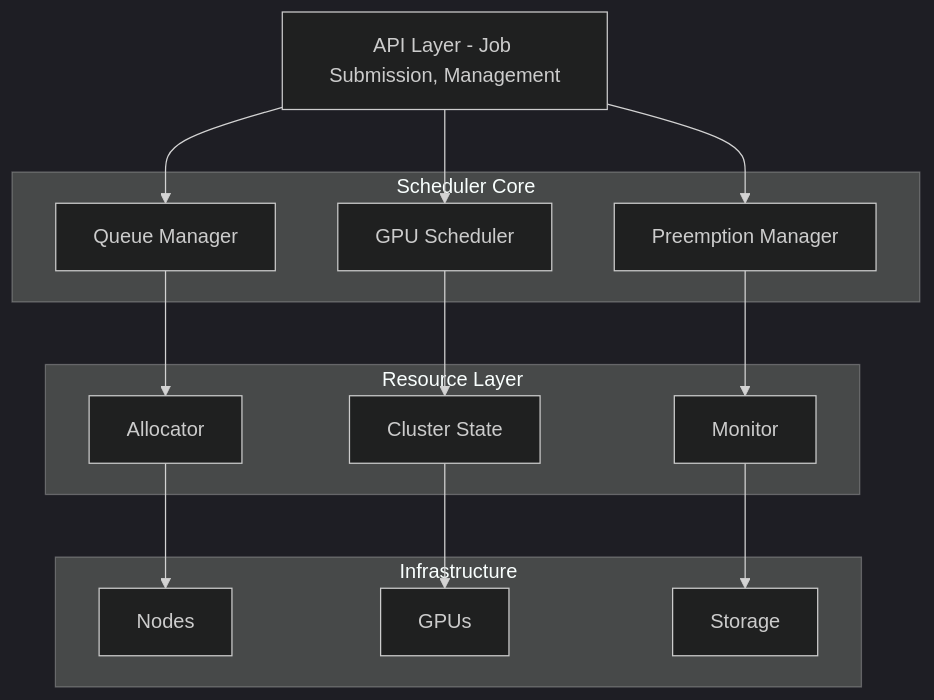
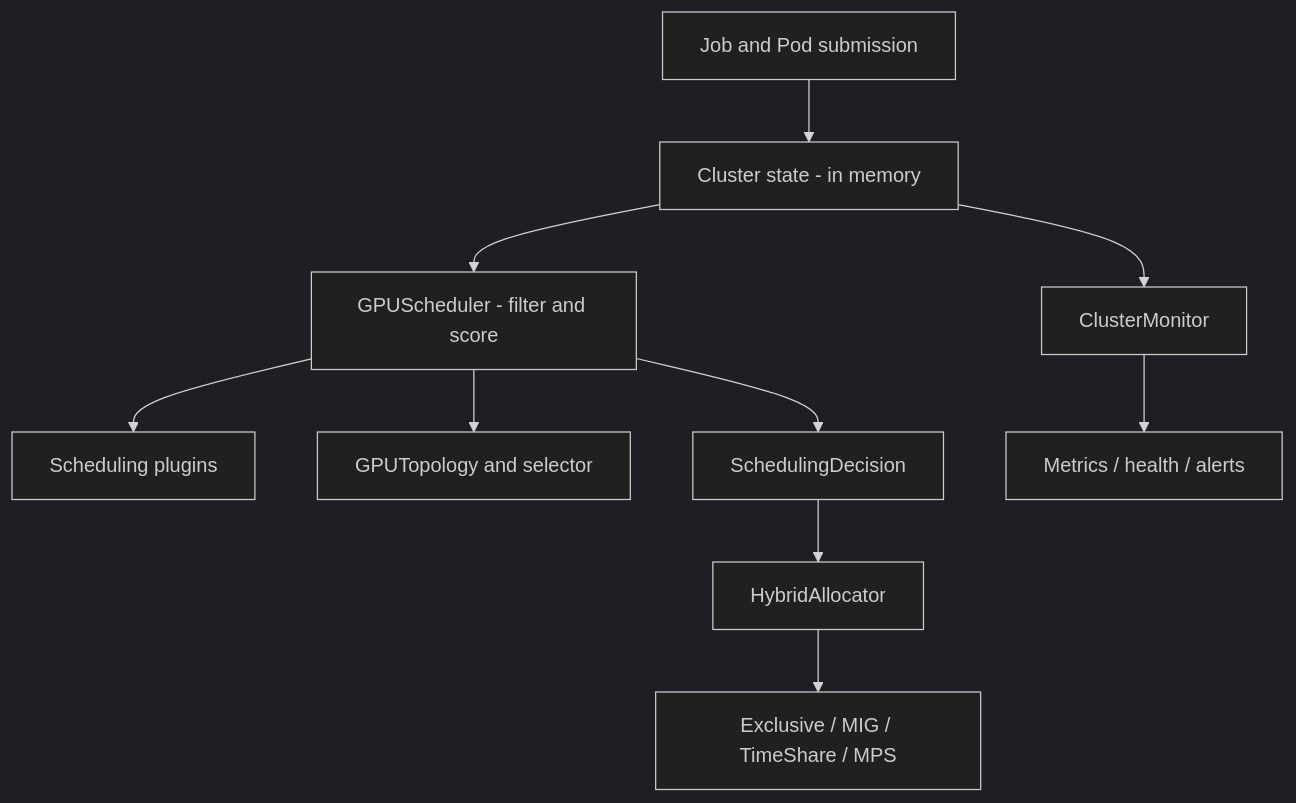
The diagram in 46-multi-tenant-gpu-scheduler/docs/ARCHITECTURE.md (jchu0/applied-cs-projects), drawn with Mermaid (dark theme) before and after one commit. The commit also changed other lines of this file and 4 other files, not shown here.

First line of the commit message:
De-fictionalize SETUP/ARCHITECTURE aux docs (28, 29, 46)

````diff
--- a/46-multi-tenant-gpu-scheduler/docs/ARCHITECTURE.md
+++ b/46-multi-tenant-gpu-scheduler/docs/ARCHITECTURE.md
@@ -9,28 +24,12 @@
 ```mermaid
 flowchart TD
-    API[API Layer - Job Submission, Management]
-    subgraph Scheduler Core
-        QM[Queue Manager]
-        GS[GPU Scheduler]
-        PM[Preemption Manager]
-    end
-    subgraph Resource Layer
-        AL[Allocator]
-        CS[Cluster State]
-        MO[Monitor]
-    end
-    subgraph Infrastructure
-        ND[Nodes]
-        GP[GPUs]
-        ST[Storage]
-    end
-    API --> QM
-    API --> GS
-    API --> PM
-    QM --> AL
-    GS --> CS
-    PM --> MO
-    AL --> ND
-    CS --> GP
-    MO --> ST
+    Sub[Job and Pod submission] --> Cluster[Cluster state - in memory]
+    Cluster --> Sched[GPUScheduler - filter and score]
+    Sched --> Plugins[Scheduling plugins]
+    Sched --> Topo[GPUTopology and selector]
+    Sched --> Decision[SchedulingDecision]
+    Decision --> Alloc[HybridAllocator]
+    Alloc --> Modes[Exclusive / MIG / TimeShare / MPS]
+    Cluster --> Mon[ClusterMonitor]
+    Mon --> Metrics[Metrics / health / alerts]
 ```
````
